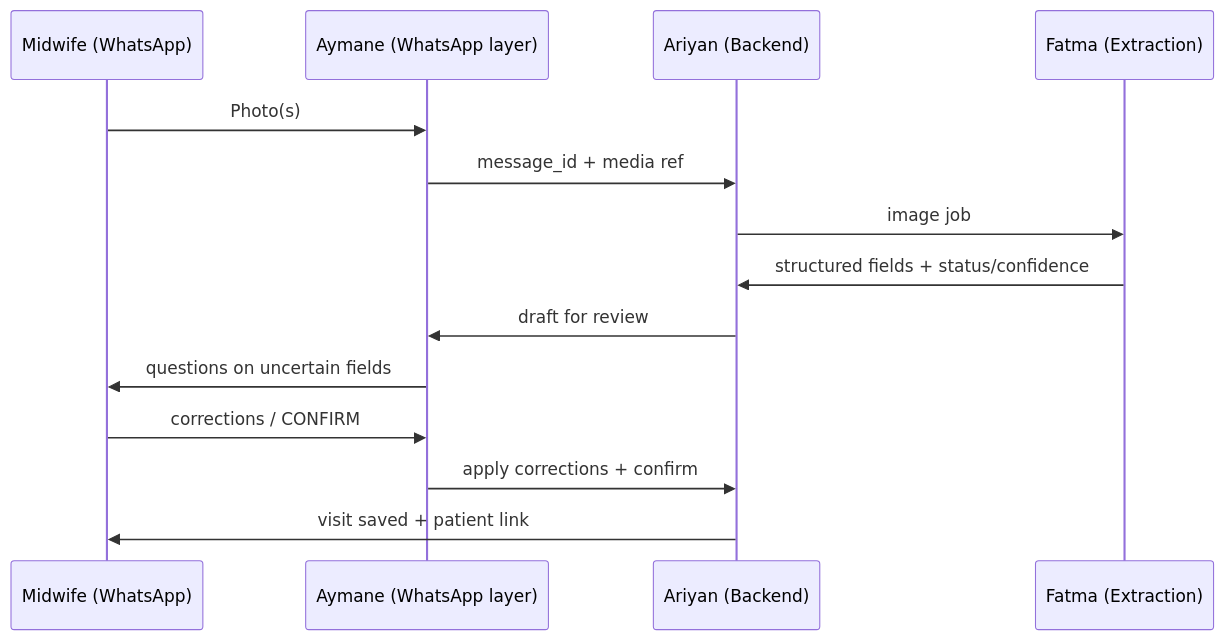
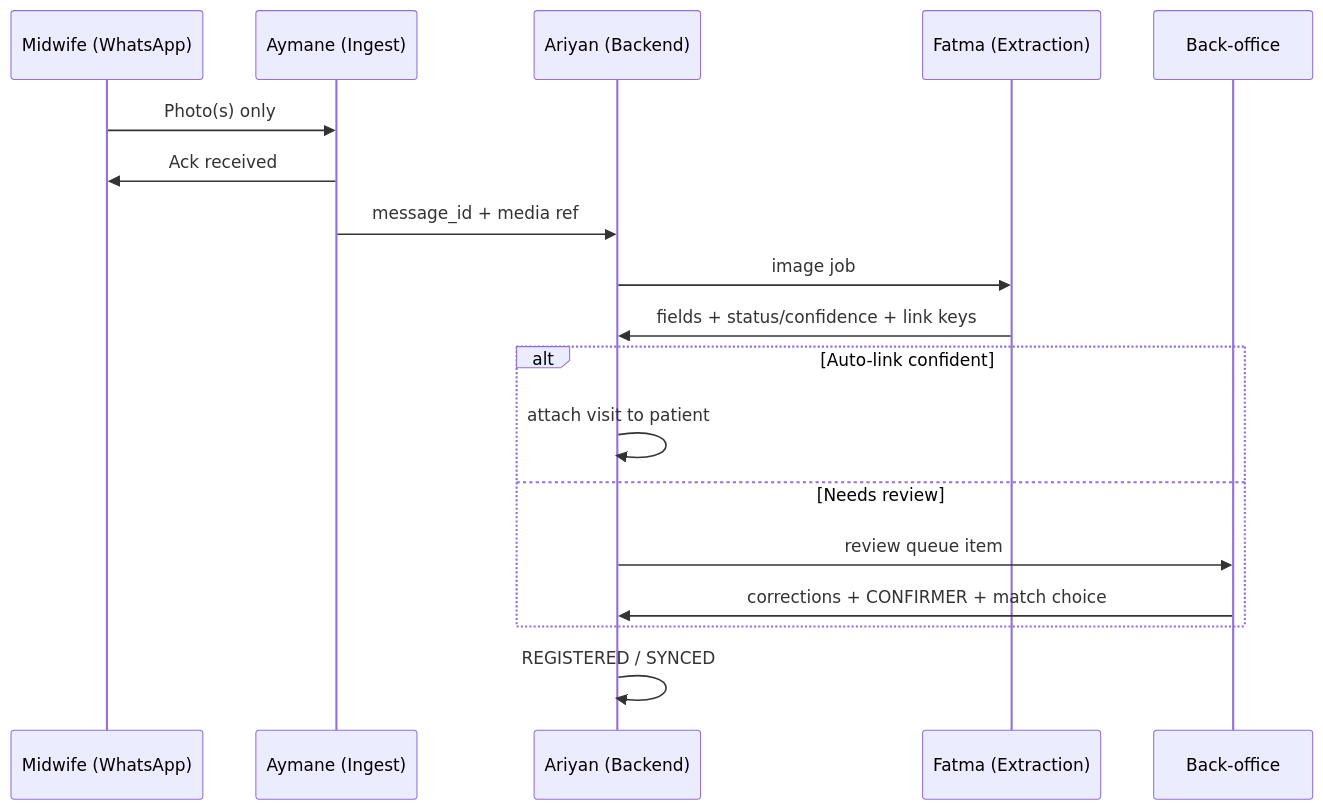
Before and after one commit to Ariyan12005/MaternalData-Automation: the diagram in tasks.md, drawn with Mermaid. The commit also changed other lines of this file and 2 other files, not shown here.

````diff
--- a/tasks.md
+++ b/tasks.md
@@ -54,17 +63,21 @@
 ```mermaid
 sequenceDiagram
   participant M as Midwife (WhatsApp)
-  participant W as Aymane (WhatsApp layer)
+  participant W as Aymane (Ingest)
   participant B as Ariyan (Backend)
   participant E as Fatma (Extraction)
+  participant O as Back-office
 
-  M->>W: Photo(s)
+  M->>W: Photo(s) only
+  W->>M: Ack received
   W->>B: message_id + media ref
   B->>E: image job
-  E->>B: structured fields + status/confidence
-  B->>W: draft for review
-  W->>M: questions on uncertain fields
-  M->>W: corrections / CONFIRM
-  W->>B: apply corrections + confirm
-  B->>M: visit saved + patient link
+  E->>B: fields + status/confidence + link keys
+  alt Auto-link confident
+    B->>B: attach visit to patient
+  else Needs review
+    B->>O: review queue item
+    O->>B: corrections + CONFIRMER + match choice
+  end
+  B->>B: REGISTERED / SYNCED
 ```
````
